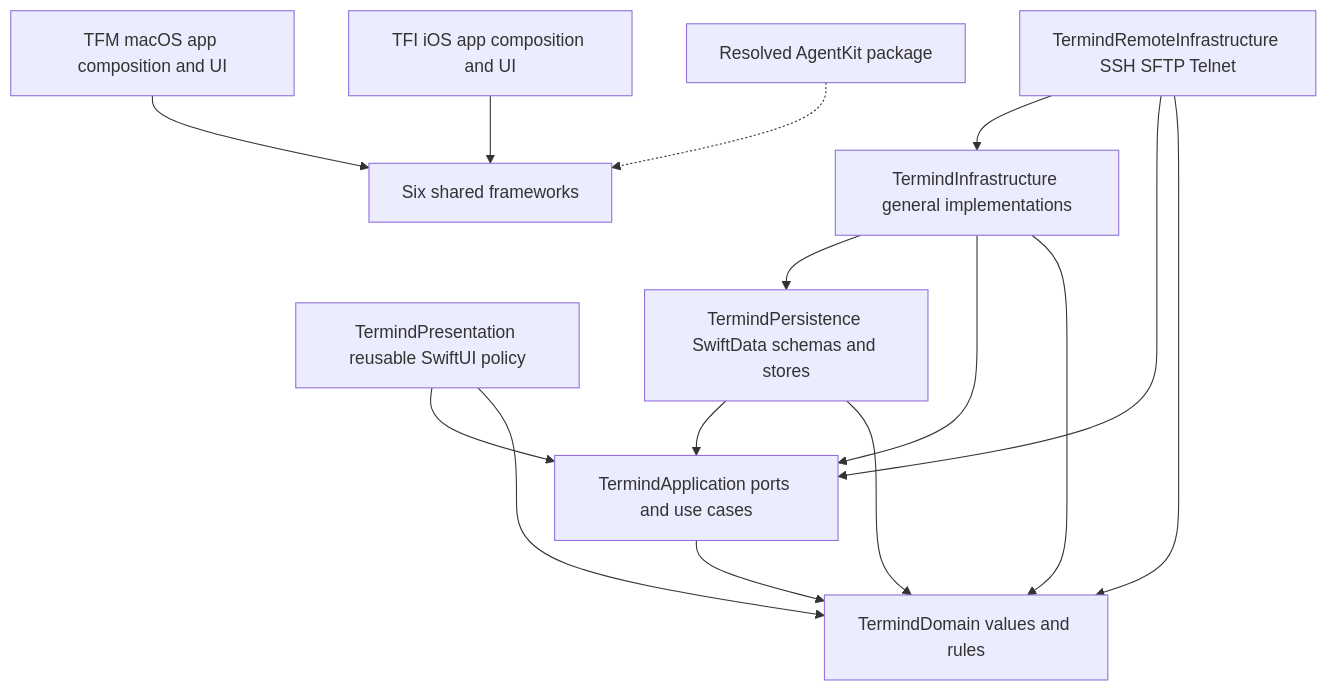
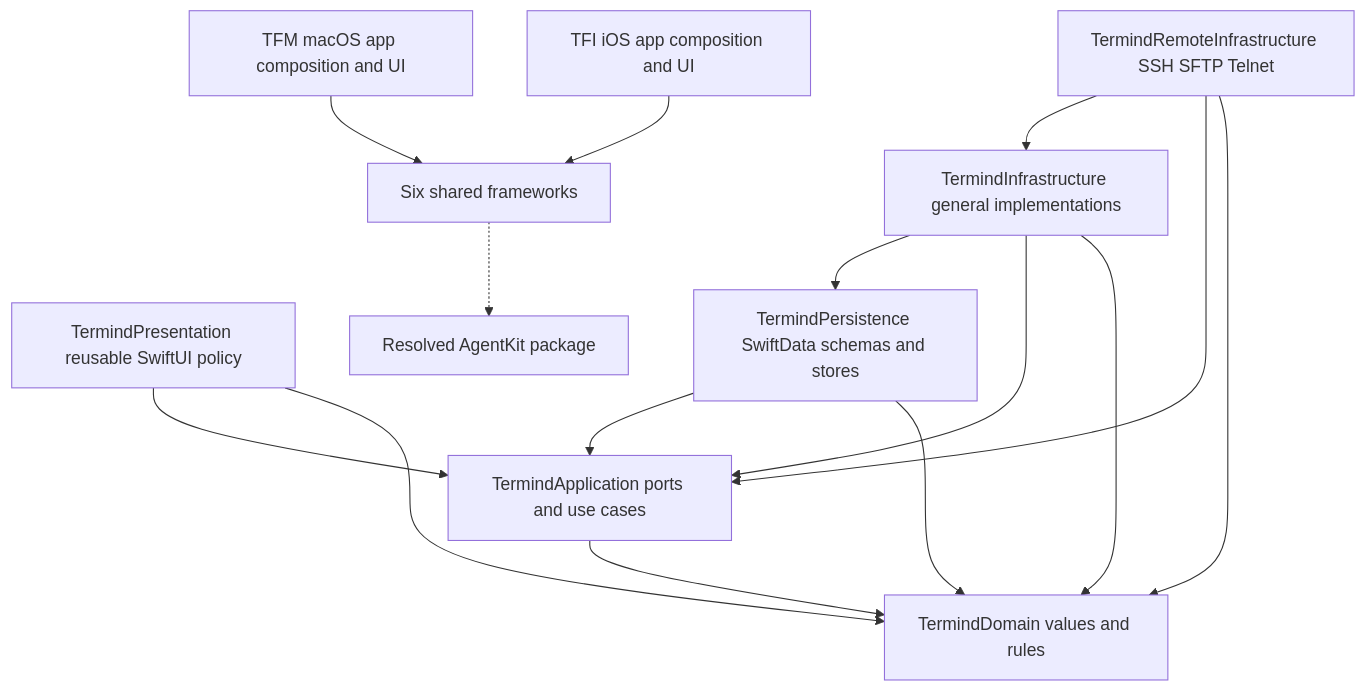
One commit to AkinoKaede/Termind changed the first of 7 diagrams in openwiki/architecture/system-boundaries.md. Above: the diagram before and after it, drawn with Mermaid. The commit also changed other lines of this file and 68 other files, not shown here.

````diff
--- a/openwiki/architecture/system-boundaries.md
+++ b/openwiki/architecture/system-boundaries.md
@@ -101,17 +101,17 @@
 ```mermaid
 flowchart TD
     TFM["TFM macOS app composition and UI"] --> Shared["Six shared frameworks"]
     TFI["TFI iOS app composition and UI"] --> Shared
     Presentation["TermindPresentation reusable SwiftUI policy"] --> Application["TermindApplication ports and use cases"]
     Presentation --> Domain["TermindDomain values and rules"]
     Remote["TermindRemoteInfrastructure SSH SFTP Telnet"] --> Infrastructure["TermindInfrastructure general implementations"]
     Remote --> Application
     Remote --> Domain
     Infrastructure --> Persistence["TermindPersistence SwiftData schemas and stores"]
     Infrastructure --> Application
     Infrastructure --> Domain
     Persistence --> Application
     Persistence --> Domain
     Application --> Domain
-    Package["Resolved AgentKit package"] -.-> Shared
+    Shared -.-> Package["Resolved AgentKit package"]
 ```
````
